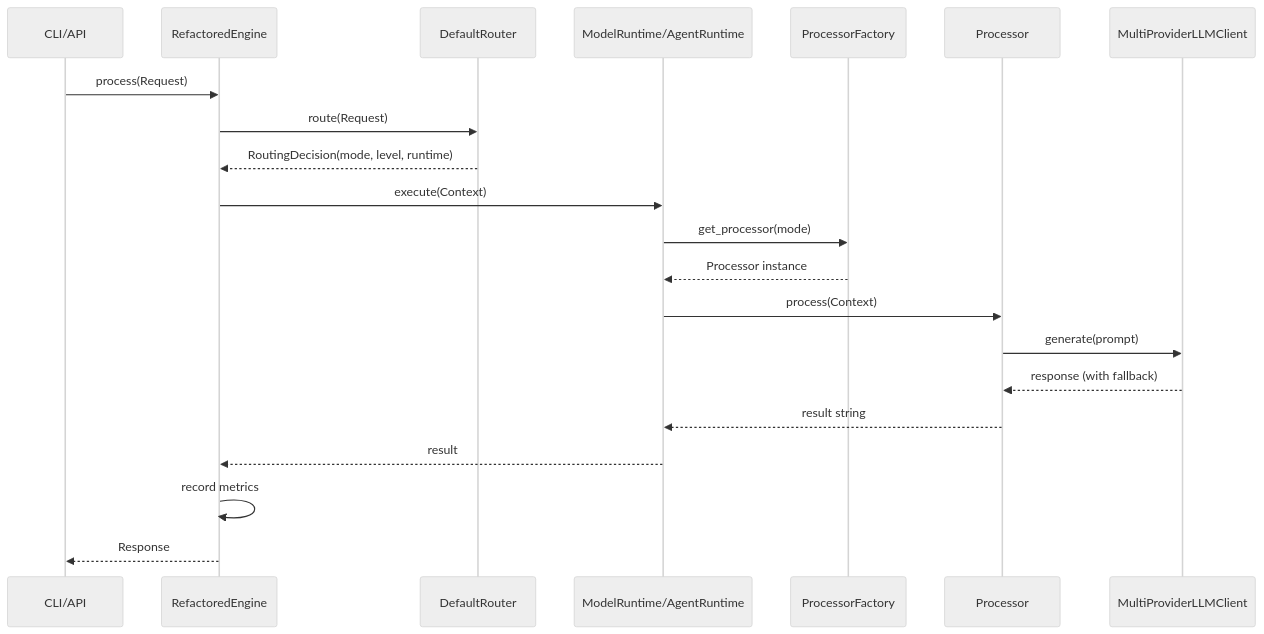
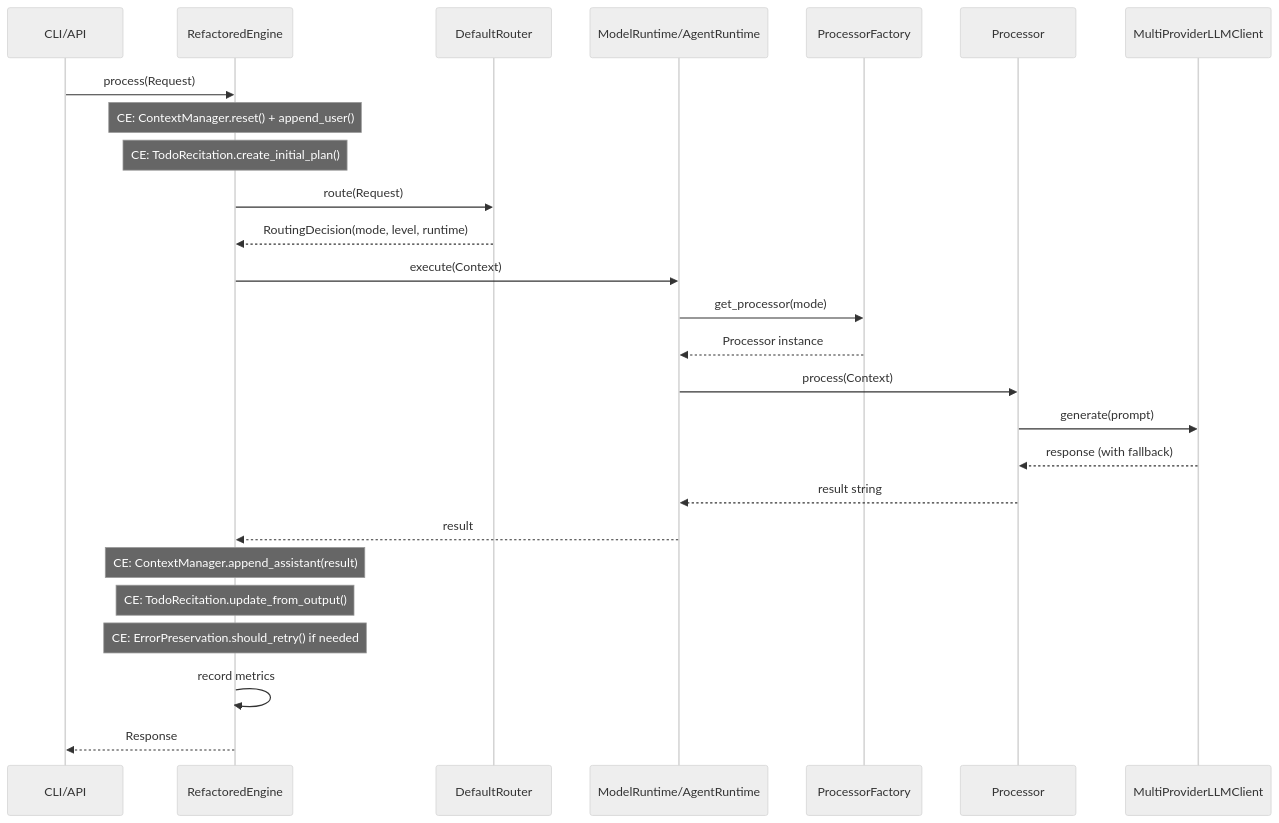
One commit to Zenobia000/openagent_backend changed the fifth of 6 diagrams in Architecture_Refactoring_Toolkit/project_docs/06_architecture_and_design_document.md. Above: the diagram before and after it, drawn with Mermaid (neutral theme). The commit also changed other lines of this file and 48 other files, not shown here.

````diff
--- a/Architecture_Refactoring_Toolkit/project_docs/06_architecture_and_design_document.md
+++ b/Architecture_Refactoring_Toolkit/project_docs/06_architecture_and_design_document.md
@@ -332,24 +376,29 @@
   ```mermaid
   sequenceDiagram
       participant Client as CLI/API
       participant Engine as RefactoredEngine
       participant Router as DefaultRouter
       participant Runtime as ModelRuntime/AgentRuntime
       participant Factory as ProcessorFactory
       participant Proc as Processor
       participant LLM as MultiProviderLLMClient
 
       Client->>Engine: process(Request)
+      Note over Engine: CE: ContextManager.reset() + append_user()
+      Note over Engine: CE: TodoRecitation.create_initial_plan()
       Engine->>Router: route(Request)
       Router-->>Engine: RoutingDecision(mode, level, runtime)
       Engine->>Runtime: execute(Context)
       Runtime->>Factory: get_processor(mode)
       Factory-->>Runtime: Processor instance
       Runtime->>Proc: process(Context)
       Proc->>LLM: generate(prompt)
       LLM-->>Proc: response (with fallback)
       Proc-->>Runtime: result string
       Runtime-->>Engine: result
+      Note over Engine: CE: ContextManager.append_assistant(result)
+      Note over Engine: CE: TodoRecitation.update_from_output()
+      Note over Engine: CE: ErrorPreservation.should_retry() if needed
       Engine->>Engine: record metrics
       Engine-->>Client: Response
   ```
````
